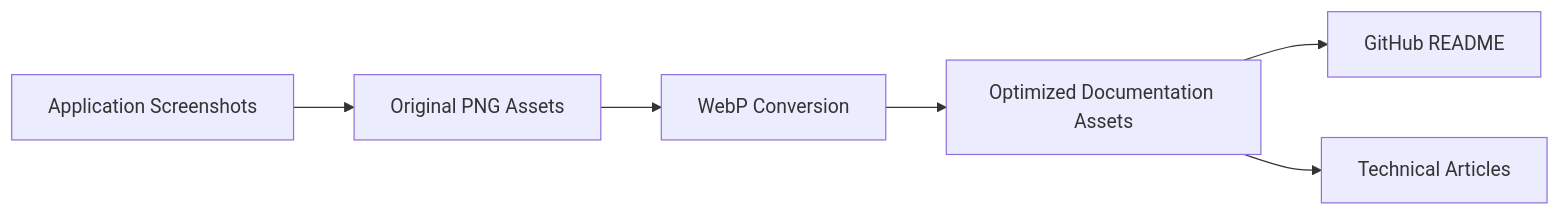
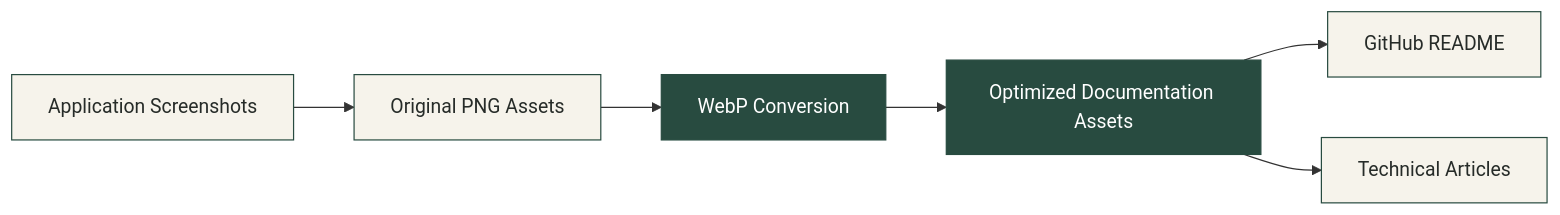
Before and after one commit to Ezequie1Sc/frontend: the fifth of 6 diagrams in README.md, drawn with Mermaid. The commit also changed other lines of this file, not shown here.

Commit message:
docs: expand Cloudinary transformations and postcard engineering documentation

````diff
--- a/README.md
+++ b/README.md
@@ -382,8 +694,14 @@
 ```mermaid
 flowchart LR
-    A[Application Screenshots] --> B[Original PNG Assets]
-    B --> C[WebP Conversion]
-    C --> D[Optimized Documentation Assets]
-    D --> E[GitHub README]
-    D --> F[Technical Articles]
+    A["Application Screenshots"] --> B["Original PNG Assets"]
+    B --> C["WebP Conversion"]
+    C --> D["Optimized Documentation Assets"]
+    D --> E["GitHub README"]
+    D --> F["Technical Articles"]
+
+    classDef primary fill:#284B40,color:#FFFFFF,stroke:#284B40
+    classDef secondary fill:#F6F3EB,color:#262B28,stroke:#284B40
+
+    class C,D primary
+    class A,B,E,F secondary
 ```
````
